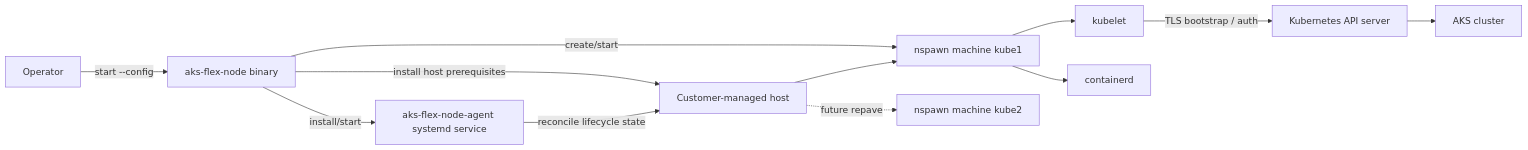
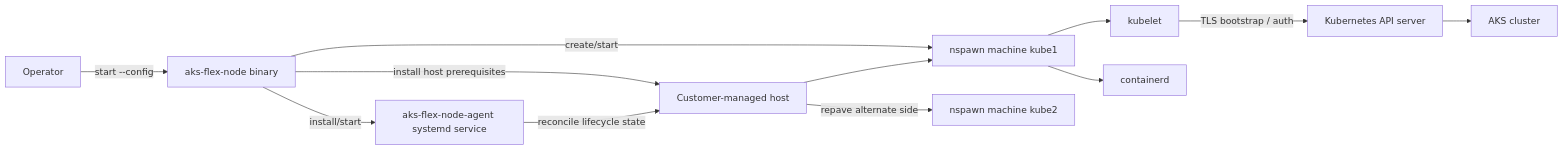
The diagram in docs/design.md (Azure/AKSFlexNode), drawn with Mermaid before and after one commit. The commit also changed other lines of this file and 5 other files, not shown here.

````diff
--- a/docs/design.md
+++ b/docs/design.md
@@ -15,25 +18,25 @@
 ```mermaid
 flowchart LR
     Operator[Operator]
     AKS[AKS cluster]
     API[Kubernetes API server]
     Host[Customer-managed host]
     Agent[aks-flex-node binary]
     Service[aks-flex-node-agent systemd service]
     Kube1[nspawn machine kube1]
     Kube2[nspawn machine kube2]
     Kubelet[kubelet]
     Containerd[containerd]
 
     Operator -->|start --config| Agent
     Agent -->|install host prerequisites| Host
     Agent -->|create/start| Kube1
     Agent -->|install/start| Service
     Service -->|reconcile lifecycle state| Host
     Host --> Kube1
-    Host -. future repave .-> Kube2
+    Host -->|repave alternate side| Kube2
     Kube1 --> Kubelet
     Kube1 --> Containerd
     Kubelet -->|TLS bootstrap / auth| API
     API --> AKS
 ```
````
